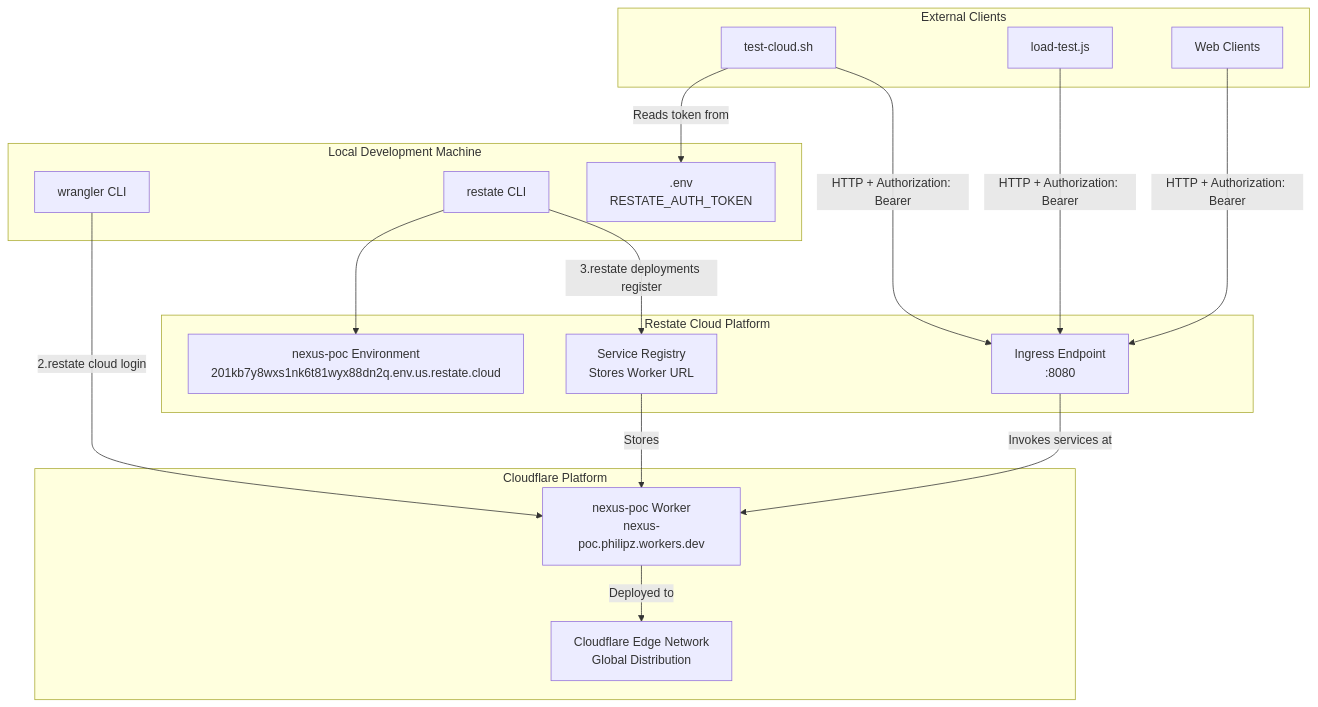
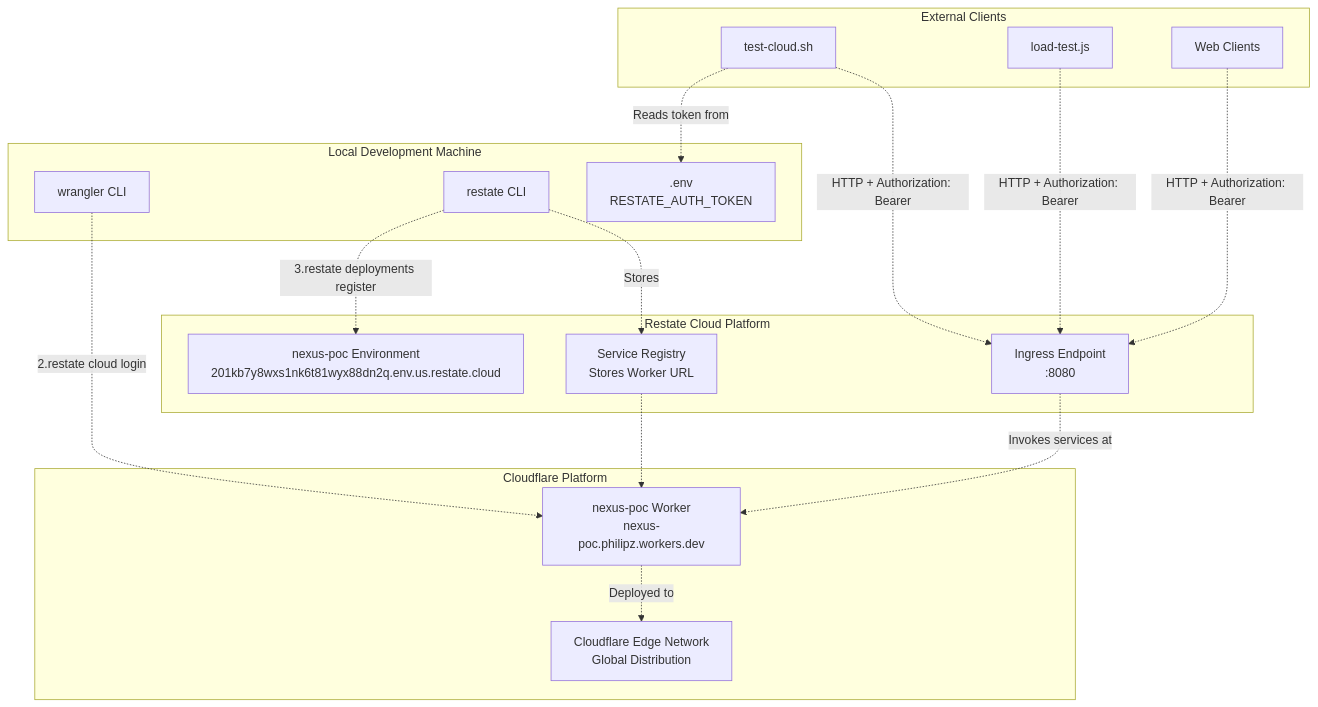
Before and after one commit to philipz/restate-cloudflare-workers-poc: the first of 6 diagrams in docs/deepwiki/Cloud-Deployment.md, drawn with Mermaid. The commit also changed other lines of this file and 27 other files, not shown here.

````diff
--- a/docs/deepwiki/Cloud-Deployment.md
+++ b/docs/deepwiki/Cloud-Deployment.md
@@ -23,49 +23,49 @@
 ```mermaid
 flowchart TD
 
 CLI["wrangler CLI"]
 RestateCLI["restate CLI"]
 EnvFile[".env<br>RESTATE_AUTH_TOKEN"]
 WorkerDeploy["nexus-poc Worker<br>nexus-poc.philipz.workers.dev"]
 CFEdge["Cloudflare Edge Network<br>Global Distribution"]
 RestateEnv["nexus-poc Environment<br>201kb7y8wxs1nk6t81wyx88dn2q.env.us.restate.cloud"]
 RestateIngress["Ingress Endpoint<br>:8080"]
 RestateRegistry["Service Registry<br>Stores Worker URL"]
 TestScript["test-cloud.sh"]
 LoadTest["load-test.js"]
 WebClient["Web Clients"]
 
-CLI -->|"2.restate cloud login"| WorkerDeploy
-RestateCLI --> RestateEnv
-RestateCLI -->|"3.restate deployments register"| RestateRegistry
-RestateRegistry -->|"Stores"| WorkerDeploy
-TestScript -->|"Reads token from"| EnvFile
-TestScript -->|"HTTP + Authorization: Bearer"| RestateIngress
-LoadTest -->|"HTTP + Authorization: Bearer"| RestateIngress
-WebClient -->|"HTTP + Authorization: Bearer"| RestateIngress
-RestateIngress -->|"Invokes services at"| WorkerDeploy
+CLI -.->|"2.restate cloud login"| WorkerDeploy
+RestateCLI -.->|"3.restate deployments register"| RestateEnv
+RestateCLI -.->|"Stores"| RestateRegistry
+RestateRegistry -.-> WorkerDeploy
+TestScript -.->|"Reads token from"| EnvFile
+TestScript -.->|"HTTP + Authorization: Bearer"| RestateIngress
+LoadTest -.->|"HTTP + Authorization: Bearer"| RestateIngress
+WebClient -.->|"HTTP + Authorization: Bearer"| RestateIngress
+RestateIngress -.->|"Invokes services at"| WorkerDeploy
 
 subgraph subGraph3 ["External Clients"]
     TestScript
     LoadTest
     WebClient
 end
 
 subgraph subGraph2 ["Restate Cloud Platform"]
     RestateEnv
     RestateIngress
     RestateRegistry
 end
 
 subgraph subGraph1 ["Cloudflare Platform"]
     WorkerDeploy
     CFEdge
-    WorkerDeploy -->|"Deployed to"| CFEdge
+    WorkerDeploy -.->|"Deployed to"| CFEdge
 end
 
 subgraph subGraph0 ["Local Development Machine"]
     CLI
     RestateCLI
     EnvFile
 end
 ```
````
